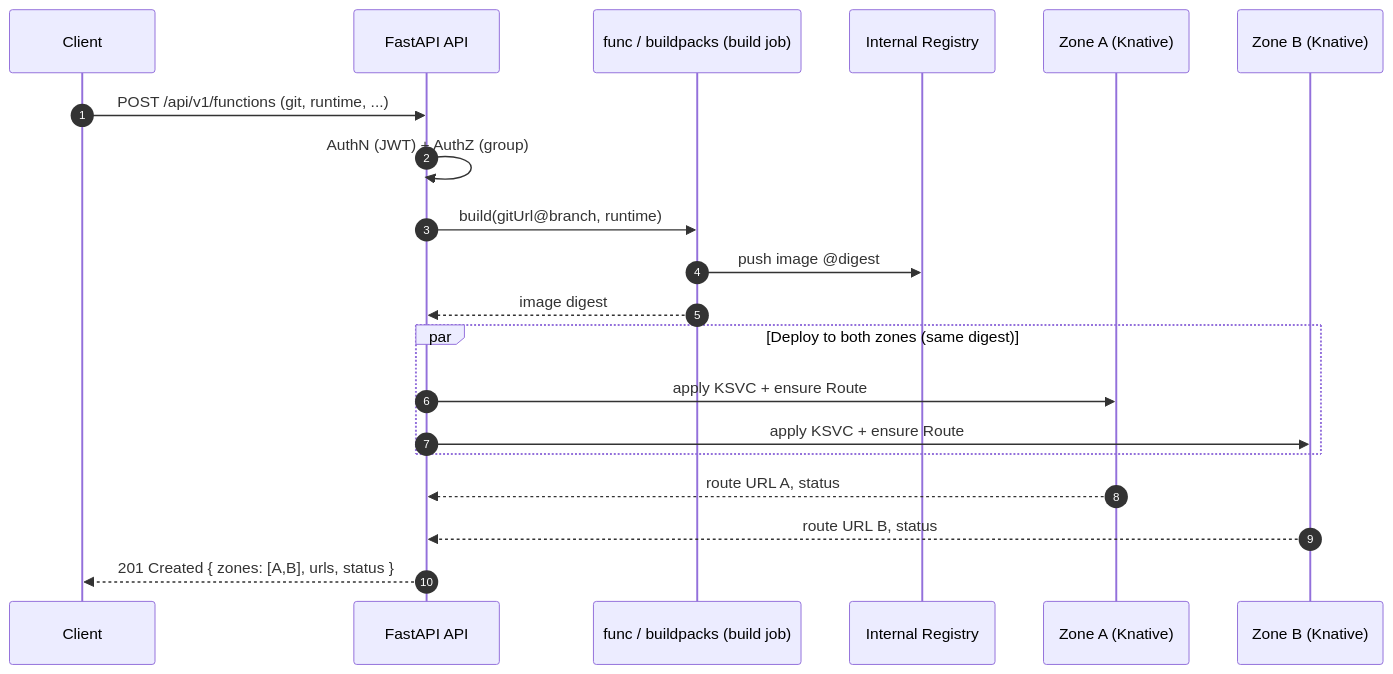
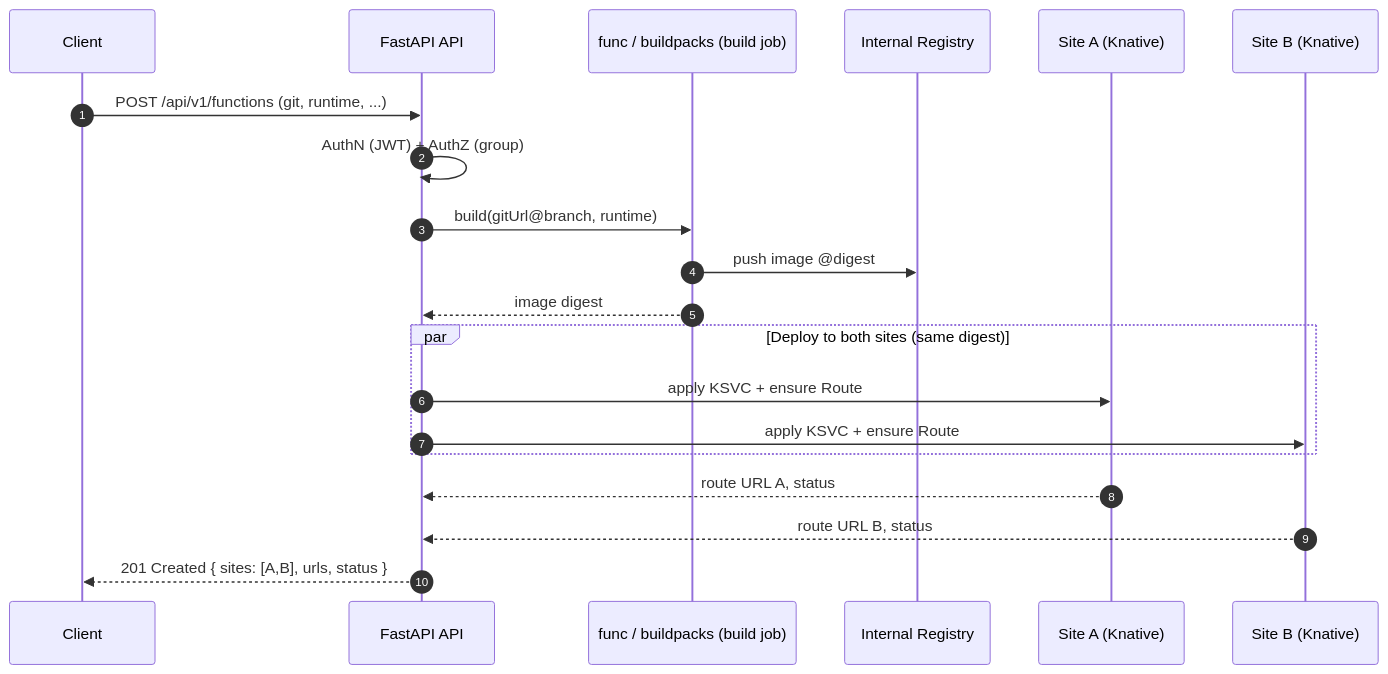
One commit to black-cloudlet/serverless changed the third of 8 diagrams in docs/ARCHITECTURE.md. Above: the diagram before and after it, drawn with Mermaid. The commit also changed other lines of this file and 23 other files, not shown here.

First line of the commit message:
refactor: rename rhbk->sso and zone->site

````diff
--- a/docs/ARCHITECTURE.md
+++ b/docs/ARCHITECTURE.md
@@ -227,23 +227,23 @@
 ```mermaid
 sequenceDiagram
     autonumber
     participant U as Client
     participant API as FastAPI API
     participant Build as func / buildpacks (build job)
     participant Reg as Internal Registry
-    participant ZA as Zone A (Knative)
-    participant ZB as Zone B (Knative)
+    participant ZA as Site A (Knative)
+    participant ZB as Site B (Knative)
 
     U->>API: POST /api/v1/functions (git, runtime, ...)
     API->>API: AuthN (JWT) + AuthZ (group)
     API->>Build: build(gitUrl@branch, runtime)
     Build->>Reg: push image @digest
     Build-->>API: image digest
-    par Deploy to both zones (same digest)
+    par Deploy to both sites (same digest)
         API->>ZA: apply KSVC + ensure Route
         API->>ZB: apply KSVC + ensure Route
     end
     ZA-->>API: route URL A, status
     ZB-->>API: route URL B, status
-    API-->>U: 201 Created { zones: [A,B], urls, status }
+    API-->>U: 201 Created { sites: [A,B], urls, status }
 ```
````
